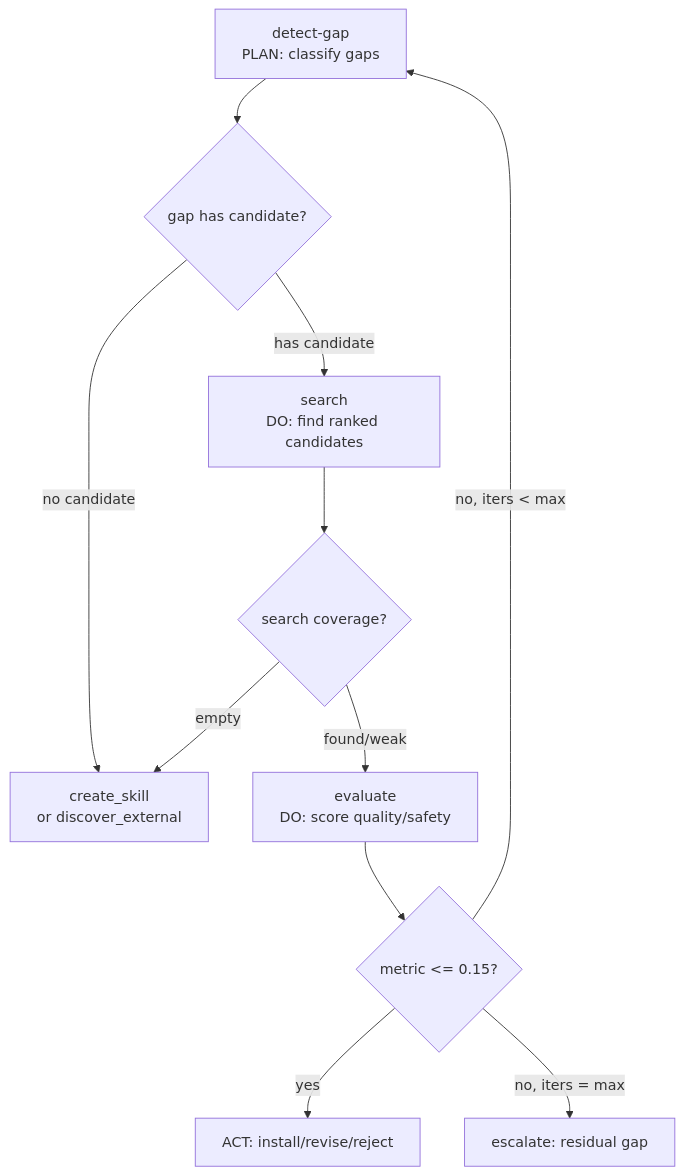
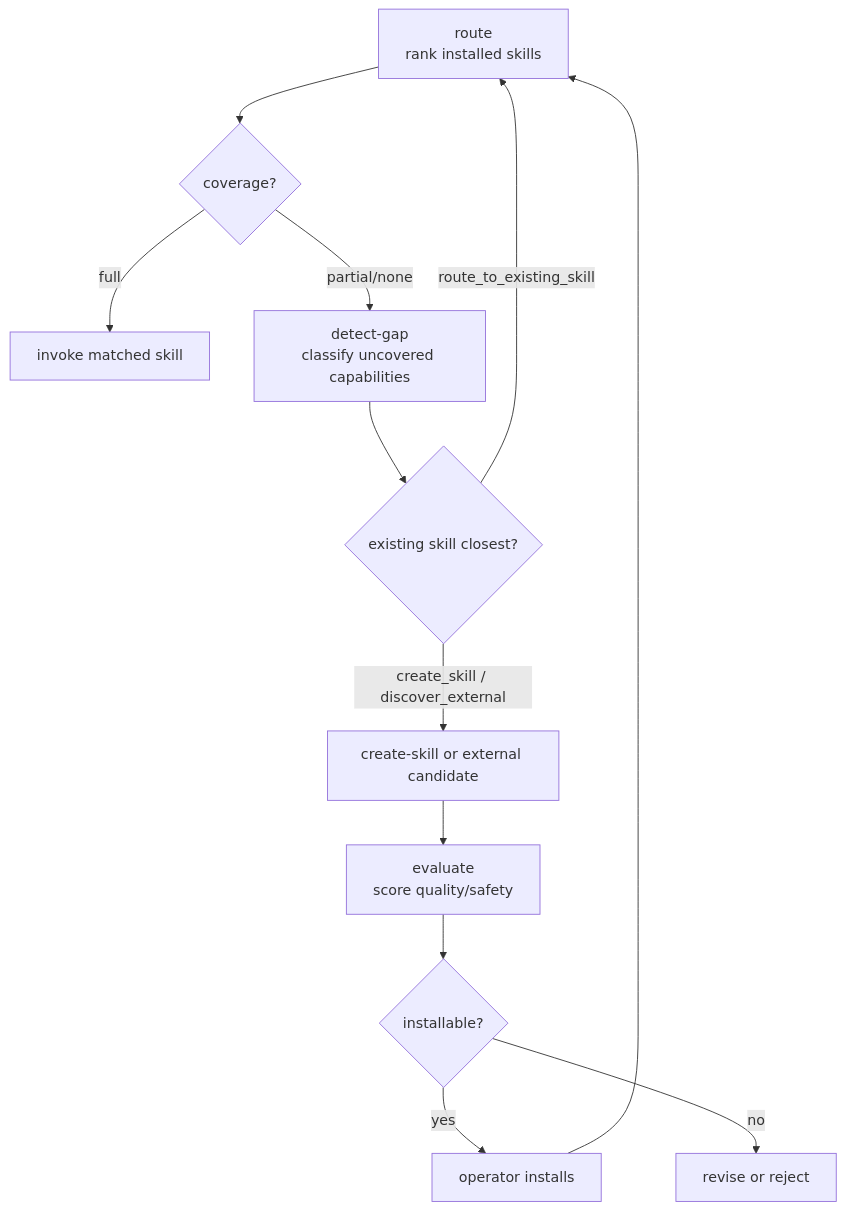
One commit to mdz-axo/zed-kask changed the diagram in .agents/skills/skill-discovery/SKILL.md. Above: the diagram before and after it, drawn with Mermaid. The commit also changed other lines of this file and 15 other files, not shown here.

````diff
--- a/.agents/skills/skill-discovery/SKILL.md
+++ b/.agents/skills/skill-discovery/SKILL.md
@@ -68,13 +67,13 @@
 ```mermaid
 flowchart TD
-    A[detect-gap<br/>PLAN: classify gaps] --> B{gap has candidate?}
-    B -- no candidate --> C[create_skill<br/>or discover_external]
-    B -- has candidate --> D[search<br/>DO: find ranked candidates]
-    D --> E{search coverage?}
-    E -- found/weak --> F[evaluate<br/>DO: score quality/safety]
-    E -- empty --> C
-    F --> H{metric <= 0.15?}
-    H -- no, iters < max --> A
-    H -- yes --> I[ACT: install/revise/reject]
-    H -- no, iters = max --> J[escalate: residual gap]
+    R[route<br/>rank installed skills] --> C{coverage?}
+    C -- full --> X[invoke matched skill]
+    C -- partial/none --> A[detect-gap<br/>classify uncovered capabilities]
+    A --> B{existing skill closest?}
+    B -- route_to_existing_skill --> R
+    B -- create_skill / discover_external --> N[create-skill or external candidate]
+    N --> F[evaluate<br/>score quality/safety]
+    F --> H{installable?}
+    H -- yes --> I[operator installs] --> R
+    H -- no --> J[revise or reject]
 ```
````
